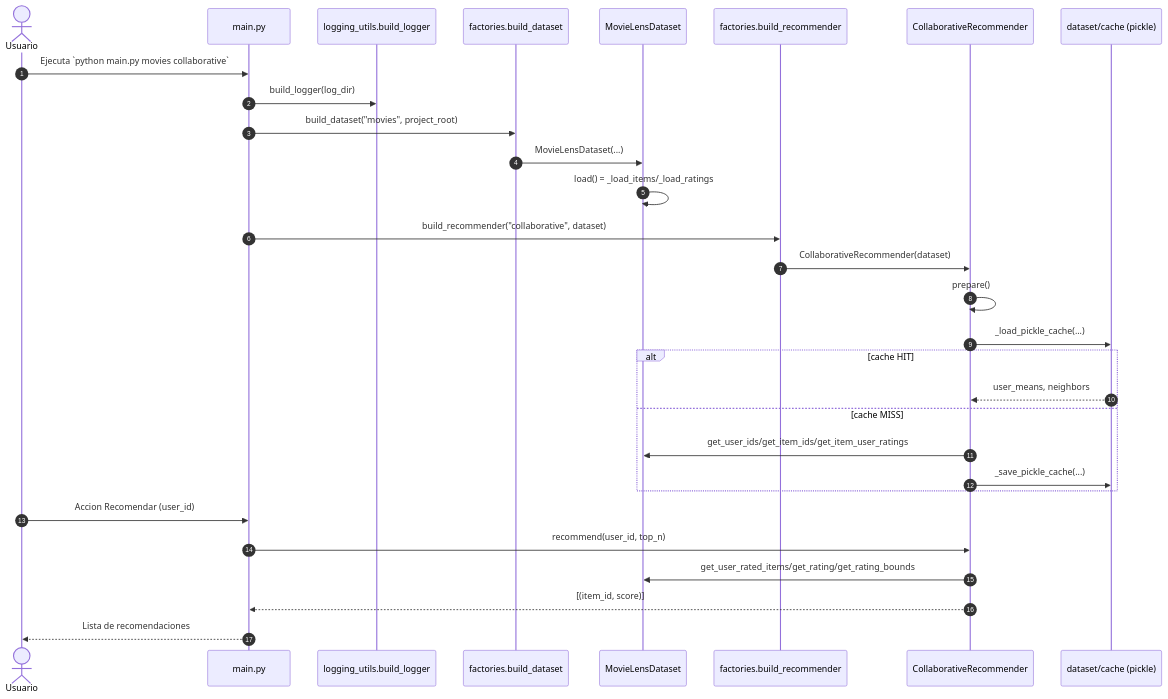
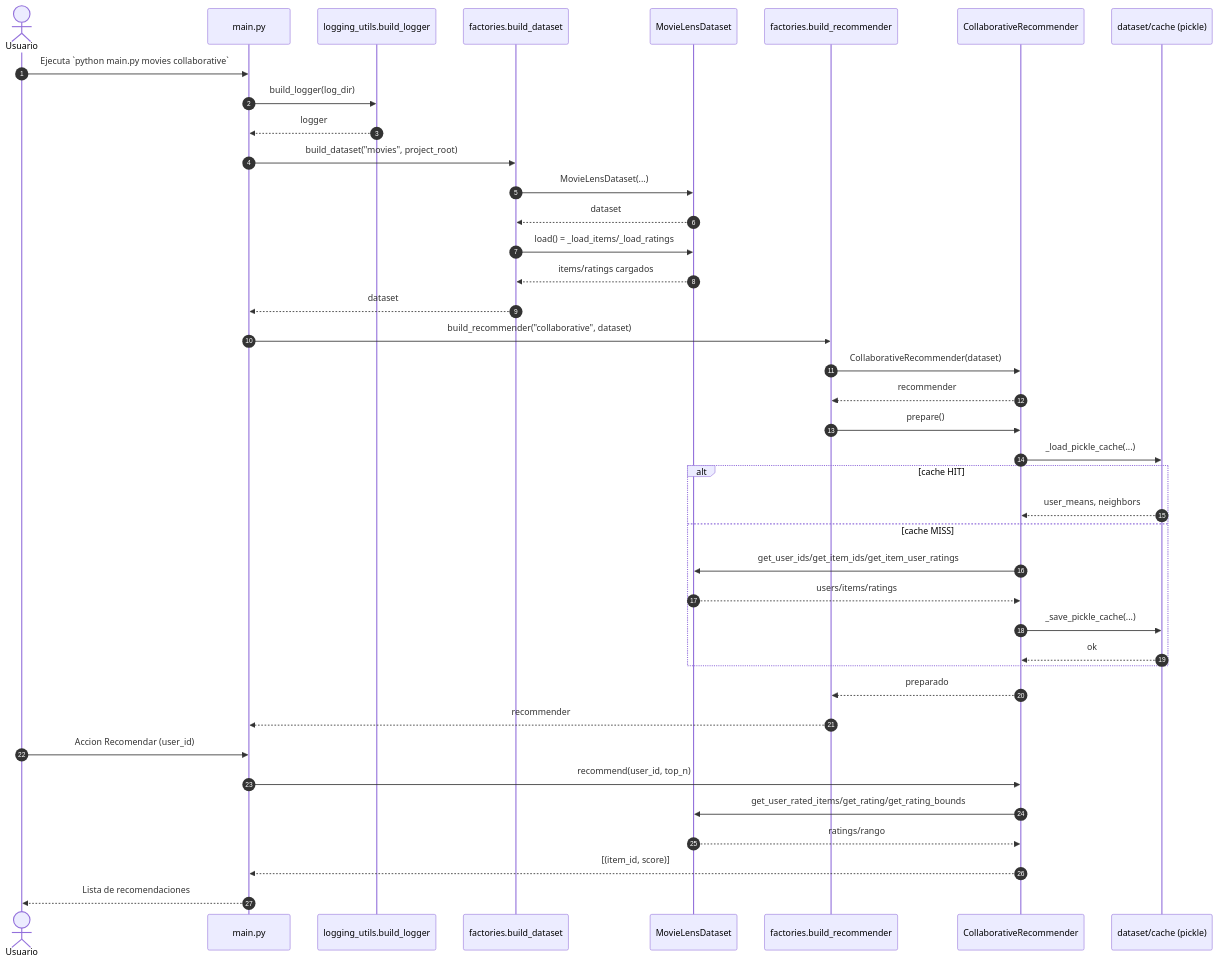
One commit to Braisfabrega/modular-recommender changed the sixth of 7 diagrams in README.md. Above: the diagram before and after it, drawn with Mermaid. The commit also changed other lines of this file, not shown here.

Commit message:
fix: diagrama de secuancia 1

````diff
--- a/README.md
+++ b/README.md
@@ -305,33 +345,43 @@
 ```mermaid
 sequenceDiagram
   autonumber
   actor Usuario
   participant Main as main.py
   participant Logger as logging_utils.build_logger
   participant Factory as factories.build_dataset
   participant Dataset as MovieLensDataset
   participant RecFactory as factories.build_recommender
   participant Recommender as CollaborativeRecommender
   participant Cache as dataset/cache (pickle)
 
   Usuario->>Main: Ejecuta `python main.py movies collaborative`
   Main->>Logger: build_logger(log_dir)
+  Logger-->>Main: logger
   Main->>Factory: build_dataset("movies", project_root)
   Factory->>Dataset: MovieLensDataset(...)
-  Dataset->>Dataset: load() = _load_items/_load_ratings
+  Dataset-->>Factory: dataset
+  Factory->>Dataset: load() = _load_items/_load_ratings
+  Dataset-->>Factory: items/ratings cargados
+  Factory-->>Main: dataset
   Main->>RecFactory: build_recommender("collaborative", dataset)
   RecFactory->>Recommender: CollaborativeRecommender(dataset)
-  Recommender->>Recommender: prepare()
+  Recommender-->>RecFactory: recommender
+  RecFactory->>Recommender: prepare()
   Recommender->>Cache: _load_pickle_cache(...)
   alt cache HIT
     Cache-->>Recommender: user_means, neighbors
   else cache MISS
     Recommender->>Dataset: get_user_ids/get_item_ids/get_item_user_ratings
+    Dataset-->>Recommender: users/items/ratings
     Recommender->>Cache: _save_pickle_cache(...)
+    Cache-->>Recommender: ok
   end
+  Recommender-->>RecFactory: preparado
+  RecFactory-->>Main: recommender
   Usuario->>Main: Accion Recomendar (user_id)
   Main->>Recommender: recommend(user_id, top_n)
   Recommender->>Dataset: get_user_rated_items/get_rating/get_rating_bounds
+  Dataset-->>Recommender: ratings/rango
   Recommender-->>Main: [(item_id, score)]
   Main-->>Usuario: Lista de recomendaciones
 ```
````
